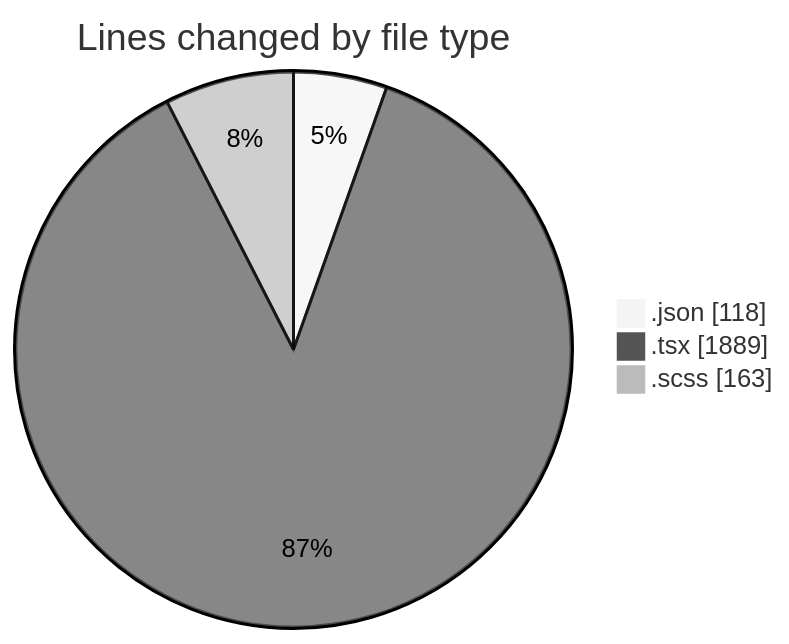
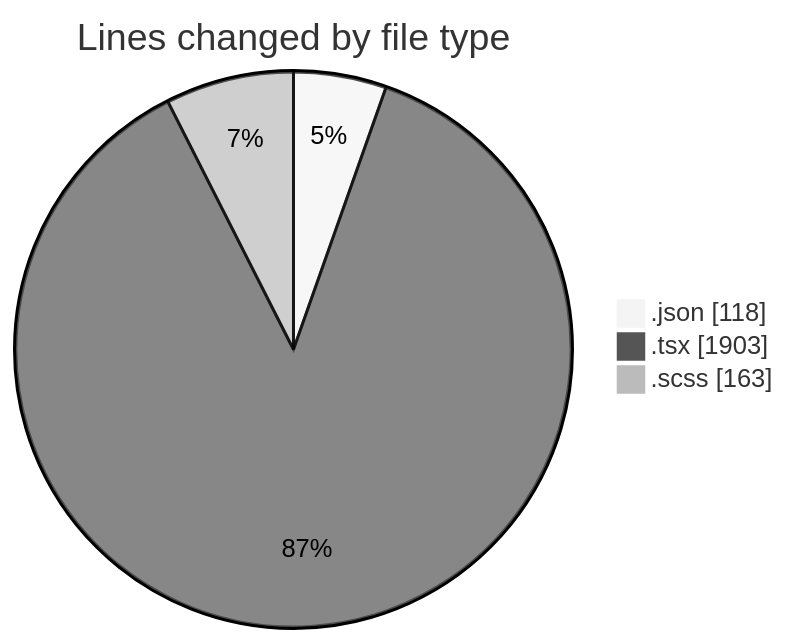
Before and after one commit to momahboobian/code-tracking: the first of 2 diagrams in 2025-11-19/cda/README.md, drawn with Mermaid (neutral theme). The commit also changed other lines of this file and 1 other file, not shown here.

````diff
--- a/2025-11-19/cda/README.md
+++ b/2025-11-19/cda/README.md
@@ -23,7 +23,7 @@
 ```mermaid
 pie showData
 title Lines changed by file type
 ".json" : 118
-".tsx" : 1889
+".tsx" : 1903
 ".scss" : 163
 ```
````
